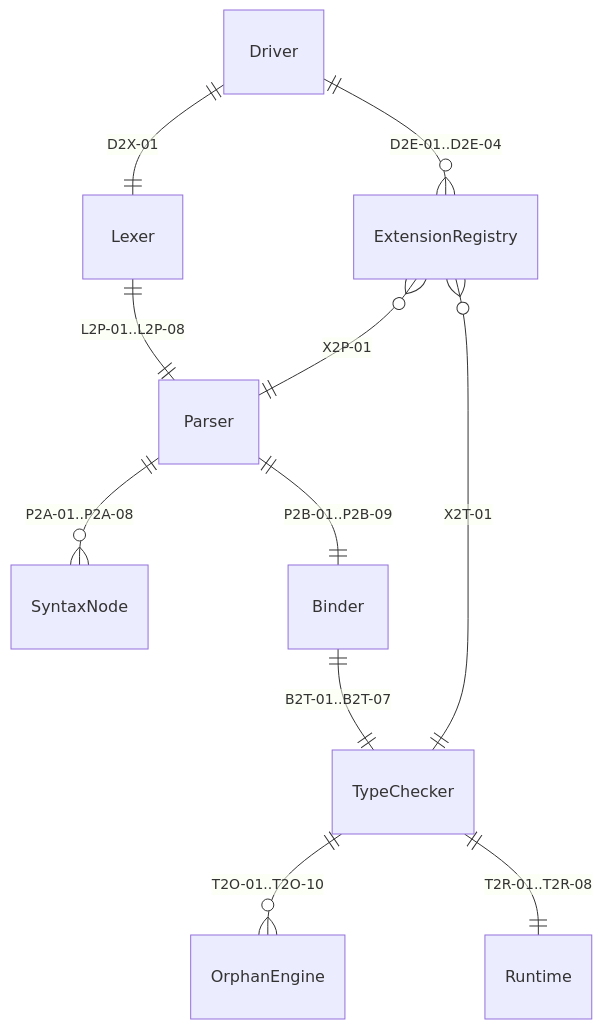
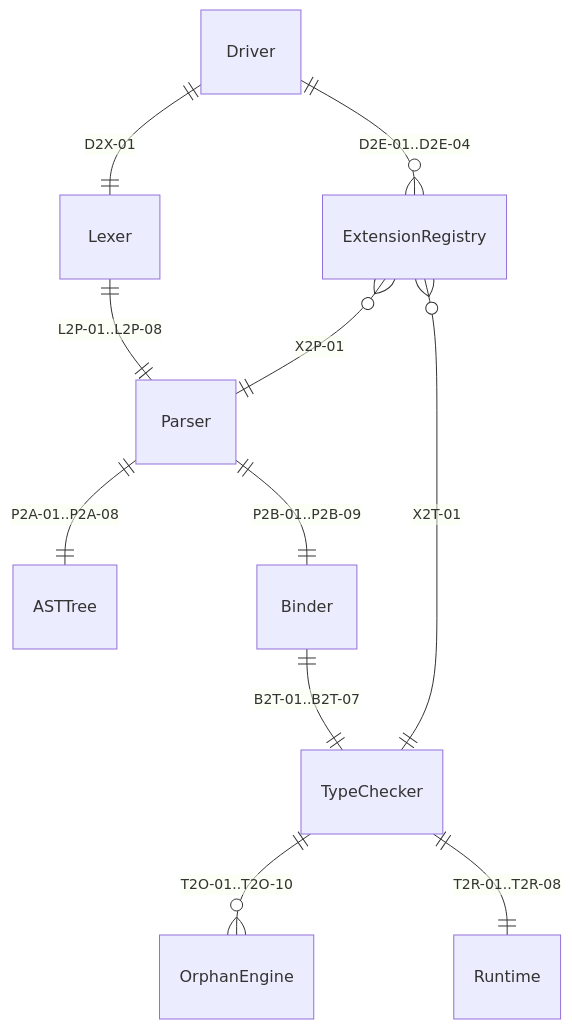
One commit to Zzzode/ZOM changed the first of 2 diagrams in docs/design/compiler-contracts.md. Above: the diagram before and after it, drawn with Mermaid. The commit also changed other lines of this file and 159 other files, not shown here.

First line of the commit message:
feat(ast)!: replace legacy AST hierarchy with schema tree

````diff
--- a/docs/design/compiler-contracts.md
+++ b/docs/design/compiler-contracts.md
@@ -45,13 +45,13 @@
 ```mermaid
 erDiagram
     Lexer        ||--|| Parser              : "L2P-01..L2P-08"
-    Parser       ||--o{ SyntaxNode          : "P2A-01..P2A-08"
+    Parser       ||--|| ASTTree             : "P2A-01..P2A-08"
     Parser       ||--|| Binder              : "P2B-01..P2B-09"
     Binder       ||--|| TypeChecker         : "B2T-01..B2T-07"
     TypeChecker  ||--o{ OrphanEngine        : "T2O-01..T2O-10"
     TypeChecker  ||--|| Runtime             : "T2R-01..T2R-08"
     Driver       ||--|| Lexer               : "D2X-01"
     Driver       ||--o{ ExtensionRegistry   : "D2E-01..D2E-04"
     ExtensionRegistry }o--|| Parser         : "X2P-01"
     ExtensionRegistry }o--|| TypeChecker    : "X2T-01"
 ```
````
